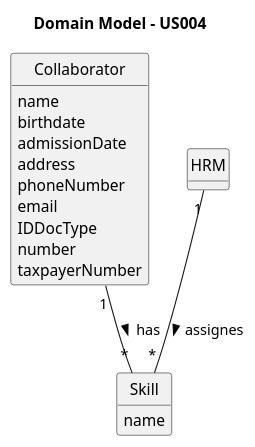
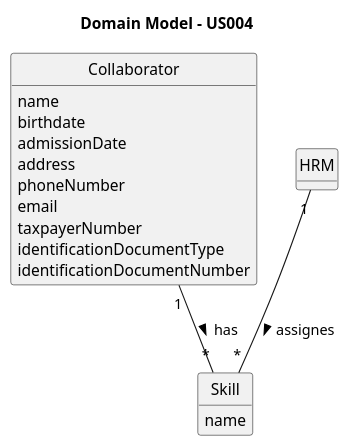
Before and after one commit to Departamento-de-Engenharia-Informatica/lei-24-s2-1dm-g132: the diagram in docs/sprintA/us004/02.analysis/puml/us004-domain-model.puml, drawn with PlantUML.

Commit message:
US004 domain model update

```diff
--- a/docs/sprintA/us004/02.analysis/puml/us004-domain-model.puml
+++ b/docs/sprintA/us004/02.analysis/puml/us004-domain-model.puml
@@ -1,37 +1,37 @@
 @startuml
 skinparam monochrome true
 skinparam packageStyle rectangle
 skinparam shadowing false
 
 'left to right direction
 
 skinparam classAttributeIconSize 0
 
 hide circle
 hide methods
 
 title Domain Model - US004
 
 class Collaborator {
     name
     birthdate
     admissionDate
     address
     phoneNumber
     email
-    IDDocType
-    number
     taxpayerNumber
+    identificationDocumentType
+    identificationDocumentNumber
 }
 
 class Skill {
     name
 }
 
 class HRM {
 }
 
 
 Collaborator "1" -- "*" Skill : has >
 HRM "1" -- "*" Skill : assignes >
 @enduml
```
